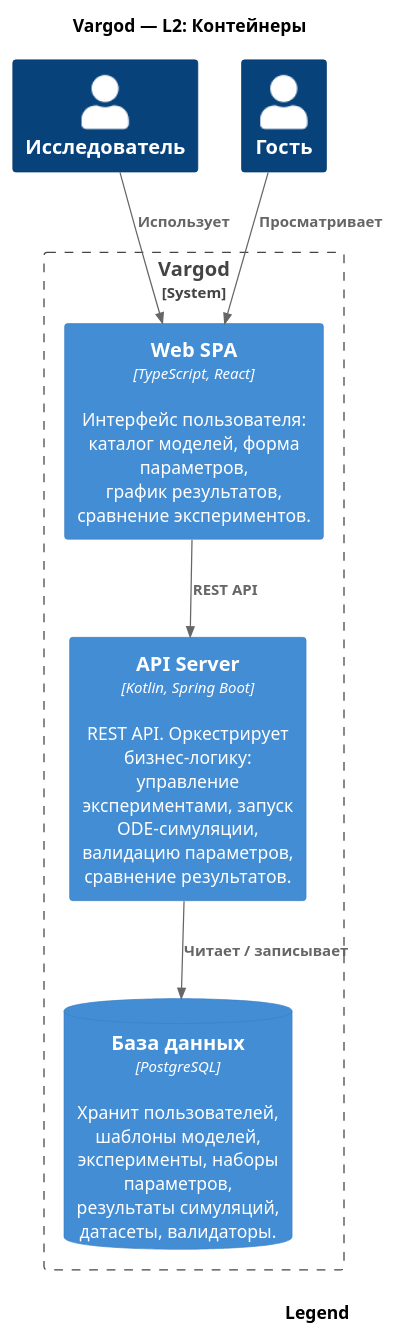
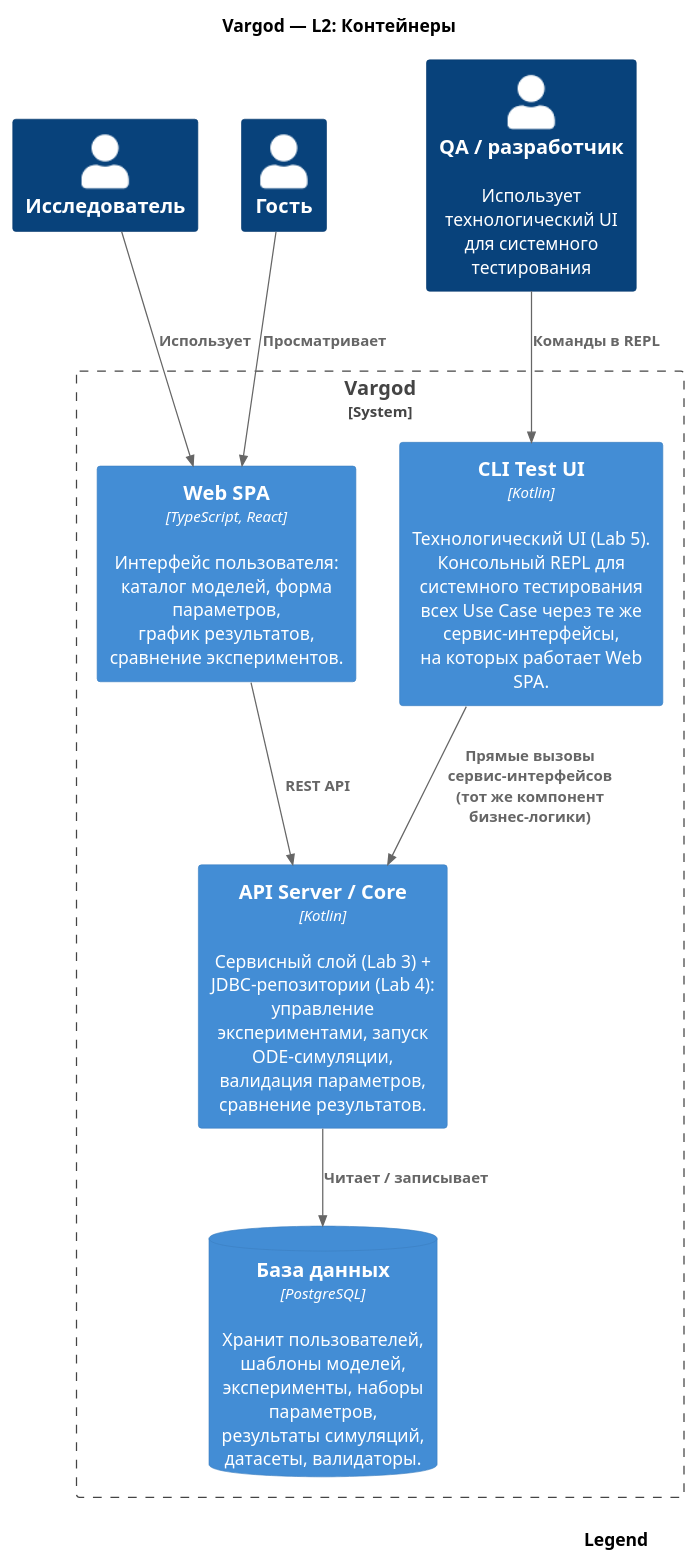
Before and after one commit to Nna2291/vargod: the diagram in diagrams/c4_l2_container.puml, drawn with PlantUML. The commit also changed 66 other files, not shown here.

```diff
--- a/diagrams/c4_l2_container.puml
+++ b/diagrams/c4_l2_container.puml
@@ -1,24 +1,29 @@
 @startuml c4_l2_container
 !include https://raw.githubusercontent.com/plantuml-stdlib/C4-PlantUML/v2.10.0/C4_Container.puml
 
 SHOW_LEGEND()
 
 title Vargod — L2: Контейнеры
 
 Person(researcher, "Исследователь")
 Person(guest, "Гость")
+Person(qa, "QA / разработчик", "Использует технологический UI\nдля системного тестирования")
 
 System_Boundary(vargod, "Vargod") {
     Container(spa, "Web SPA", "TypeScript, React", "Интерфейс пользователя:\nкаталог моделей, форма параметров,\nграфик результатов, сравнение экспериментов.")
 
-    Container(api, "API Server", "Kotlin, Spring Boot", "REST API. Оркестрирует бизнес-логику:\nуправление экспериментами, запуск ODE-симуляции,\nвалидацию параметров, сравнение результатов.")
+    Container(cli, "CLI Test UI", "Kotlin", "Технологический UI (Lab 5).\nКонсольный REPL для системного тестирования\nвсех Use Case через те же сервис-интерфейсы,\nна которых работает Web SPA.")
+
+    Container(api, "API Server / Core", "Kotlin", "Сервисный слой (Lab 3) + JDBC-репозитории (Lab 4):\nуправление экспериментами, запуск ODE-симуляции,\nвалидация параметров, сравнение результатов.")
 
     ContainerDb(db, "База данных", "PostgreSQL", "Хранит пользователей, шаблоны моделей,\nэксперименты, наборы параметров,\nрезультаты симуляций, датасеты, валидаторы.")
 }
 
 Rel(researcher, spa, "Использует")
 Rel(guest, spa, "Просматривает")
+Rel(qa, cli, "Команды в REPL")
 Rel(spa, api, "REST API")
+Rel(cli, api, "Прямые вызовы сервис-интерфейсов\n(тот же компонент бизнес-логики)")
 Rel(api, db, "Читает / записывает")
 
 @enduml
```
